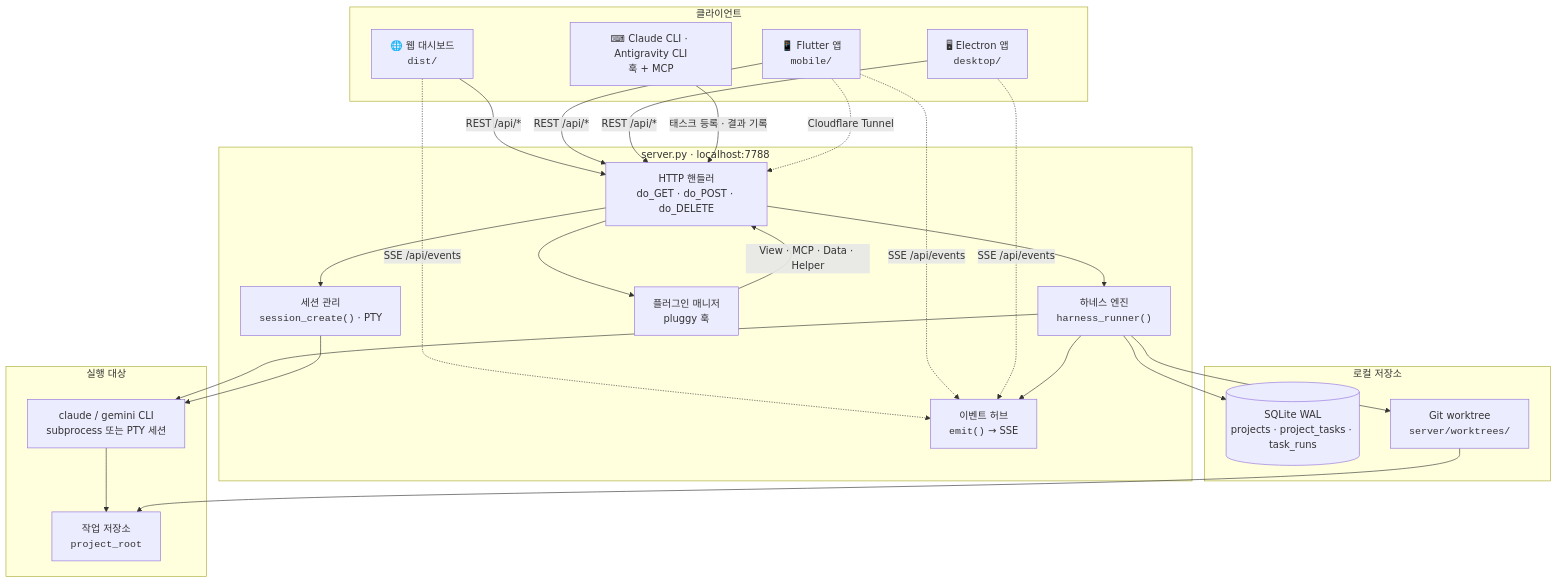
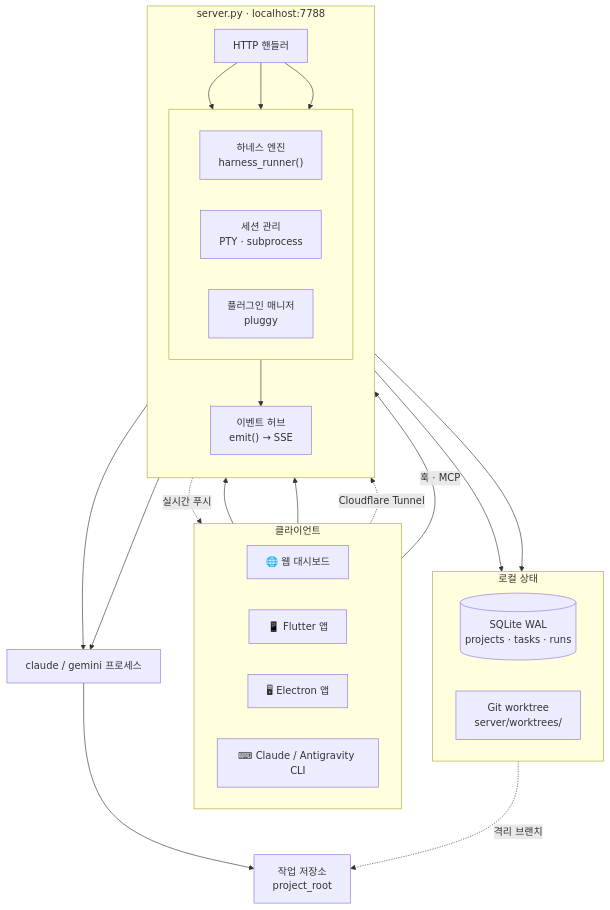
The first of 2 diagrams in README.md (jbpark/EasyProject4), drawn with Mermaid before and after one commit.

Commit message:
docs: 시스템 구성도 가독성 개선
라벨을 줄이고 subgraph 에 direction 을 지정해 다이어그램 폭을 좁혔다.
GitHub 기본 렌더링에서 글자가 읽히는 크기로 표시된다.

````diff
--- a/README.md
+++ b/README.md
@@ -132,44 +132,46 @@
 ```mermaid
 flowchart TB
-    subgraph clients["클라이언트"]
-        web["🌐 웹 대시보드<br/><code>dist/</code>"]
-        mobileApp["📱 Flutter 앱<br/><code>mobile/</code>"]
-        desktopApp["🖥 Electron 앱<br/><code>desktop/</code>"]
-        cli["⌨ Claude CLI · Antigravity CLI<br/>훅 + MCP"]
+    subgraph clients[" 클라이언트 "]
+        direction LR
+        web["🌐 웹 대시보드"]
+        mob["📱 Flutter 앱"]
+        desk["🖥 Electron 앱"]
+        cli["⌨ Claude / Antigravity CLI"]
     end
 
-    subgraph server["server.py · localhost:7788"]
-        http["HTTP 핸들러<br/>do_GET · do_POST · do_DELETE"]
-        harness["하네스 엔진<br/><code>harness_runner()</code>"]
-        session["세션 관리<br/><code>session_create()</code> · PTY"]
-        sse["이벤트 허브<br/><code>emit()</code> → SSE"]
-        plug["플러그인 매니저<br/>pluggy 훅"]
+    subgraph srv[" server.py · localhost:7788 "]
+        direction TB
+        http["HTTP 핸들러"]
+        subgraph core[" "]
+            direction LR
+            harness["하네스 엔진<br/>harness_runner()"]
+            session["세션 관리<br/>PTY · subprocess"]
+            plug["플러그인 매니저<br/>pluggy"]
+        end
+        sse["이벤트 허브<br/>emit() → SSE"]
     end
 
-    subgraph storage["로컬 저장소"]
-        db[("SQLite WAL<br/>projects · project_tasks · task_runs")]
-        wt["Git worktree<br/><code>server/worktrees/</code>"]
+    subgraph store[" 로컬 상태 "]
+        direction LR
+        db[("SQLite WAL<br/>projects · tasks · runs")]
+        wt["Git worktree<br/>server/worktrees/"]
     end
 
-    subgraph ext["실행 대상"]
-        claude["claude / gemini CLI<br/>subprocess 또는 PTY 세션"]
-        repo["작업 저장소<br/><code>project_root</code>"]
-    end
+    claudecli["claude / gemini 프로세스"]
+    repo["작업 저장소<br/>project_root"]
 
-    web & mobileApp & desktopApp -->|"REST /api/*"| http
-    web & mobileApp & desktopApp -.->|"SSE /api/events"| sse
-    cli -->|"태스크 등록 · 결과 기록"| http
-    mobileApp -. "Cloudflare Tunnel" .-> http
+    web & desk --> http
+    mob -. "Cloudflare Tunnel" .-> http
+    cli -- "훅 · MCP" --> http
 
-    http --> harness
-    http --> session
-    http --> plug
+    http --> harness & session & plug
     harness --> sse
+    sse -. "실시간 푸시" .-> clients
+
     harness --> db
     harness --> wt
-    harness --> claude
-    session --> claude
-    claude --> repo
-    wt --> repo
-    plug -->|"View · MCP · Data · Helper"| http
+    harness --> claudecli
+    session --> claudecli
+    claudecli --> repo
+    wt -. "격리 브랜치" .-> repo
 ```
````
